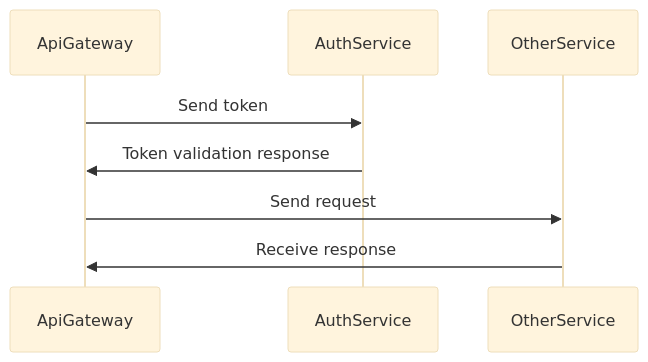
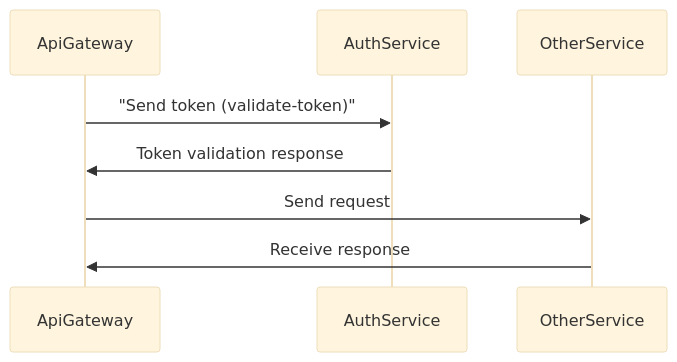
The first of 3 diagrams in README.md (zyxsz/jg-tech-challenge), drawn with Mermaid (base theme) before and after one commit. The commit also changed other lines of this file, not shown here.

````diff
--- a/README.md
+++ b/README.md
@@ -60,10 +46,10 @@
 ```mermaid
 sequenceDiagram
     participant ApiGateway
     participant AuthService
     participant OtherService
-    ApiGateway->>AuthService: Send token
+    ApiGateway->>AuthService: "Send token (validate-token)"
     AuthService->>ApiGateway: Token validation response
     ApiGateway->>OtherService: Send request
     OtherService->>ApiGateway: Receive response
 ```
````
